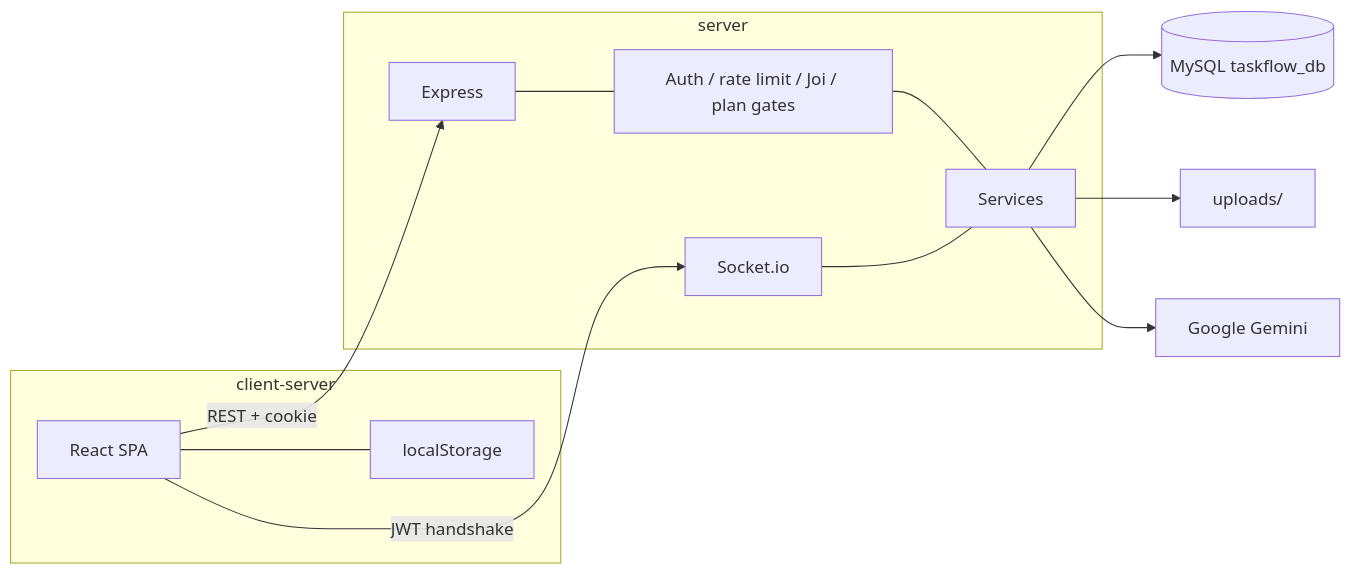
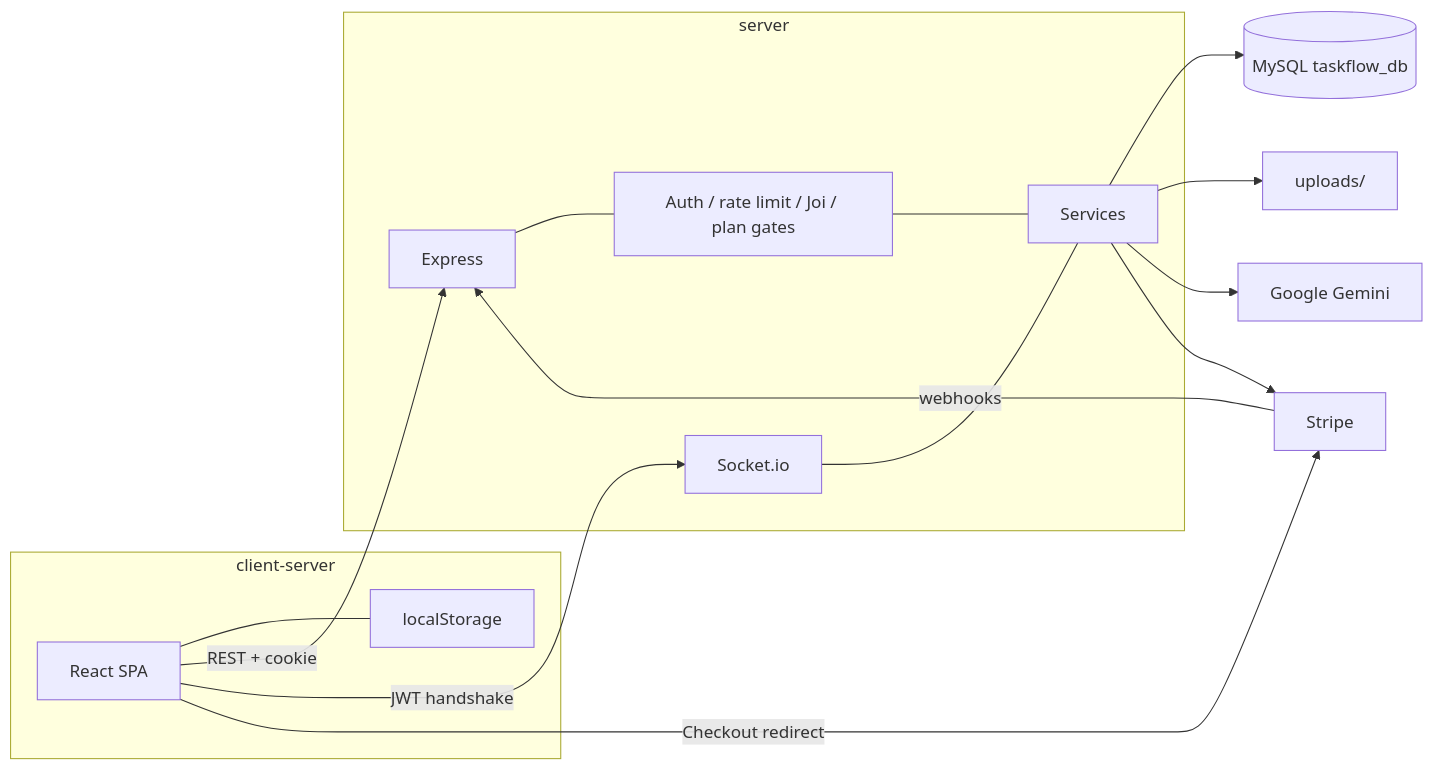
Before and after one commit to Trixxy98/TaskFlow-API: the first of 2 diagrams in docs/ARCHITECTURE.md, drawn with Mermaid. The commit also changed other lines of this file and 4 other files, not shown here.

Commit message:
docs: sync PRD/SCHEMA/RULES/ARCHITECTURE with Stripe and notes API

````diff
--- a/docs/ARCHITECTURE.md
+++ b/docs/ARCHITECTURE.md
@@ -18,28 +18,32 @@
 ```mermaid
 flowchart LR
   subgraph client [client-server]
     SPA[React SPA]
     LS[localStorage]
     SPA --- LS
   end
 
   subgraph server [server]
     EX[Express]
     IO[Socket.io]
     MW[Auth / rate limit / Joi / plan gates]
     SVC[Services]
     EX --- MW
     MW --- SVC
     IO --- SVC
   end
 
   MySQL[(MySQL taskflow_db)]
   Disk[uploads/]
   Gemini[Google Gemini]
+  Stripe[Stripe]
 
   SPA -->|REST + cookie| EX
   SPA -->|JWT handshake| IO
+  SPA -->|Checkout redirect| Stripe
+  Stripe -->|webhooks| EX
   SVC --> MySQL
   SVC --> Disk
   SVC --> Gemini
+  SVC --> Stripe
 ```
````
